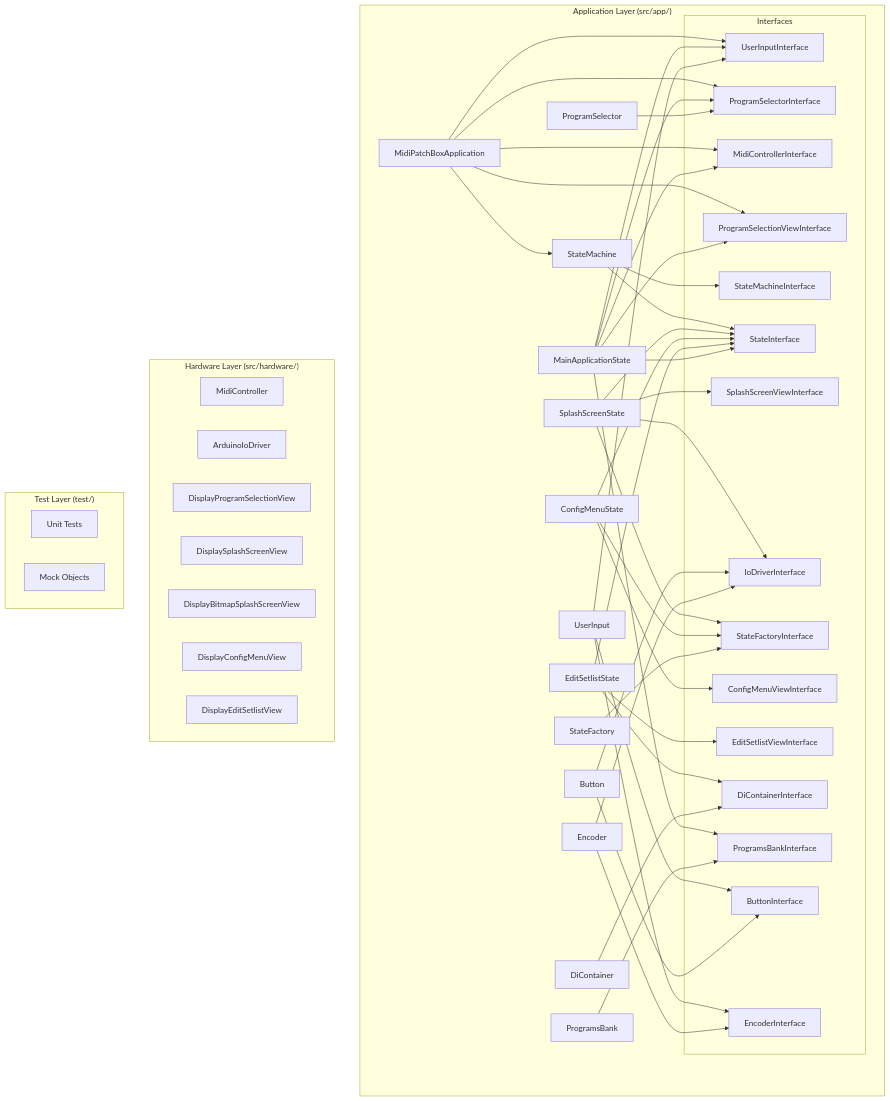
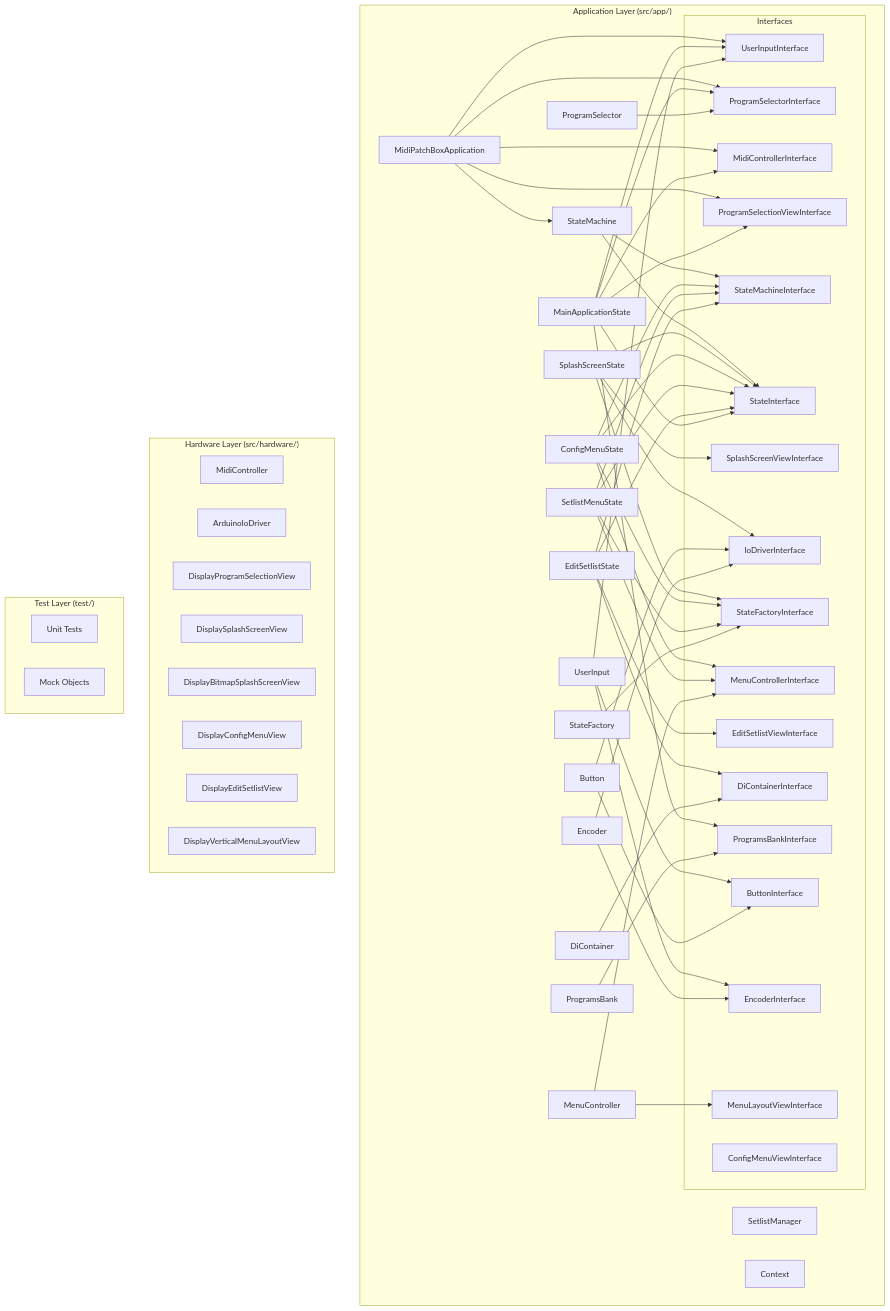
The first of 4 diagrams in ARCHITECTURE.md (iv660/midi-patch-box), drawn with Mermaid before and after one commit. The commit also changed other lines of this file and 7 other files, not shown here.

````diff
--- a/ARCHITECTURE.md
+++ b/ARCHITECTURE.md
@@ -63,6 +90,7 @@
         SPS[SplashScreenState]
         MAS[MainApplicationState]
         CMS[ConfigMenuState]
+        SMS[SetlistMenuState]
         ESS[EditSetlistState]
         PS[ProgramSelector]
         PB[ProgramsBank]
@@ -71,6 +99,9 @@
         UI[UserInput]
         SF[StateFactory]
         DC[DiContainer]
+        MC[MenuController]
+        SM_MGR[SetlistManager]
+        CTX[Context]
         
         subgraph "Interfaces"
             UII[UserInputInterface]
@@ -88,17 +119,20 @@
             CMI[ConfigMenuViewInterface]
             ESVI[EditSetlistViewInterface]
             DCI[DiContainerInterface]
+            MCI_I[MenuControllerInterface]
+            MLVI[MenuLayoutViewInterface]
         end
     end
     
     subgraph "Hardware Layer (src/hardware/)"
-        MC[MidiController]
+        MC_H[MidiController]
         AIO[ArduinoIoDriver]
         DPSV[DisplayProgramSelectionView]
         DSSV[DisplaySplashScreenView]
         DBSSV[DisplayBitmapSplashScreenView]
         DCMDV[DisplayConfigMenuView]
         DESV[DisplayEditSetlistView]
+        DVMLV[DisplayVerticalMenuLayoutView]
     end
     
     subgraph "Test Layer (test/)"
@@ -118,11 +152,17 @@
     SPS --> IOI
     SPS --> SFI
     CMS --> SI
-    CMS --> CMI
+    CMS --> MCI_I
     CMS --> SFI
+    CMS --> SMI
+    SMS --> SI
+    SMS --> MCI_I
+    SMS --> SFI
+    SMS --> SMI
     ESS --> SI
     ESS --> ESVI
     ESS --> DCI
+    ESS --> SMI
     MAS --> SI
     MAS --> UII
     MAS --> PSI
@@ -140,4 +180,6 @@
     PB --> PBI
     SF --> SFI
     DC --> DCI
+    MC --> MCI_I
+    MC --> MLVI
 ```
````
